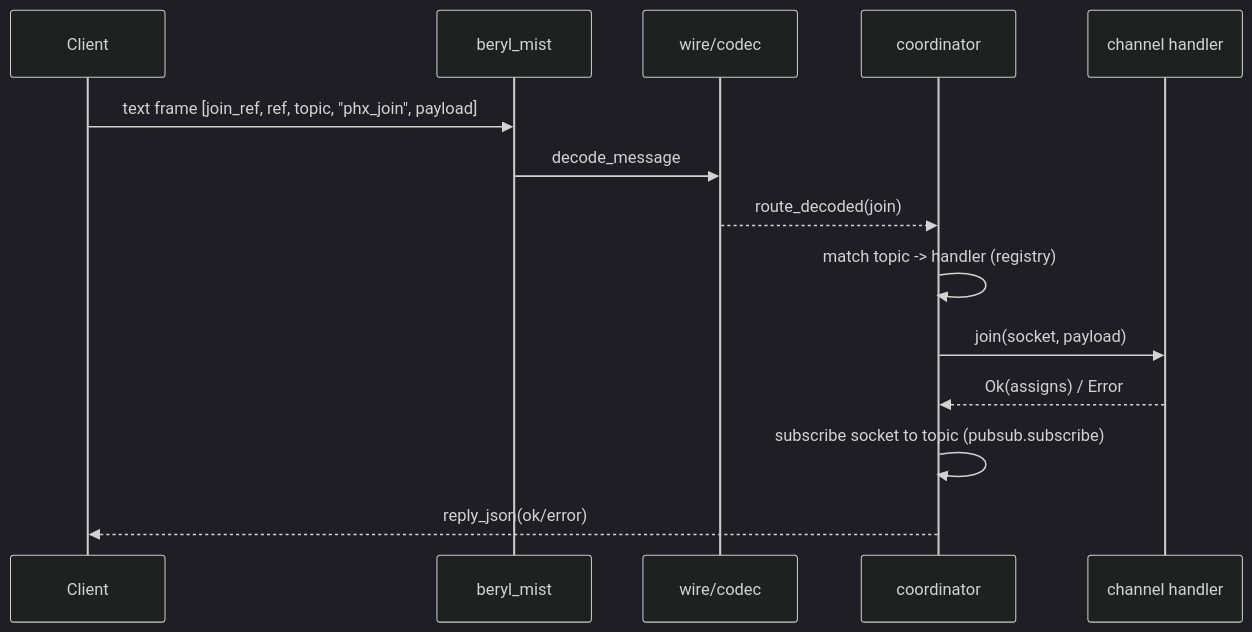
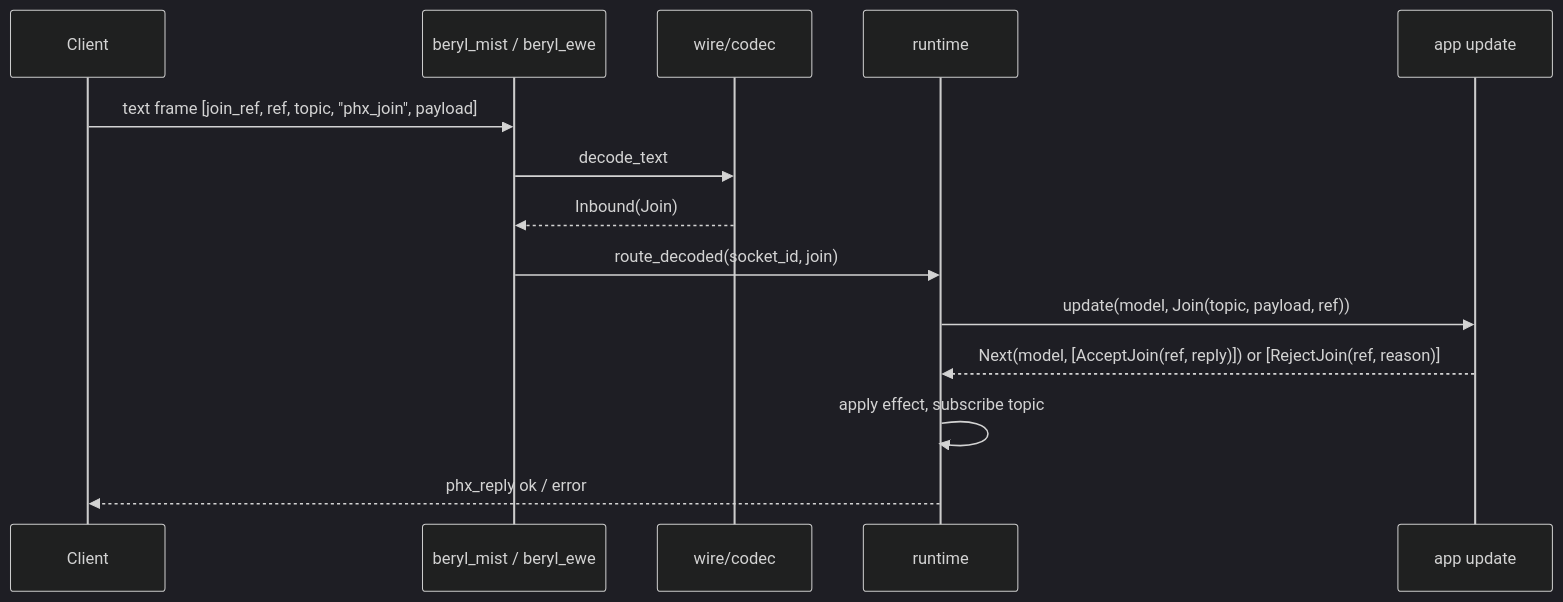
The fourth of 11 diagrams in docs/architecture-deck.md (tylerbutler/beryl), drawn with Mermaid (dark theme) before and after one commit. The commit also changed other lines of this file and 90 other files, not shown here.

First line of the commit message:
docs(beryl): document app-side dispatch (#267)

````diff
--- a/docs/architecture-deck.md
+++ b/docs/architecture-deck.md
@@ -186,16 +195,16 @@
 ```mermaid
 sequenceDiagram
   participant Client
-  participant Mist as beryl_mist
+  participant Transport as beryl_mist / beryl_ewe
   participant Wire as wire/codec
-  participant Coord as coordinator
-  participant Ch as channel handler
-  Client->>Mist: text frame [join_ref, ref, topic, "phx_join", payload]
-  Mist->>Wire: decode_message
-  Wire-->>Coord: route_decoded(join)
-  Coord->>Coord: match topic -> handler (registry)
-  Coord->>Ch: join(socket, payload)
-  Ch-->>Coord: Ok(assigns) / Error
-  Coord->>Coord: subscribe socket to topic (pubsub.subscribe)
-  Coord-->>Client: reply_json(ok/error)
+  participant Runtime as runtime
+  participant App as app update
+  Client->>Transport: text frame [join_ref, ref, topic, "phx_join", payload]
+  Transport->>Wire: decode_text
+  Wire-->>Transport: Inbound(Join)
+  Transport->>Runtime: route_decoded(socket_id, join)
+  Runtime->>App: update(model, Join(topic, payload, ref))
+  App-->>Runtime: Next(model, [AcceptJoin(ref, reply)]) or [RejectJoin(ref, reason)]
+  Runtime->>Runtime: apply effect, subscribe topic
+  Runtime-->>Client: phx_reply ok / error
 ```
````
